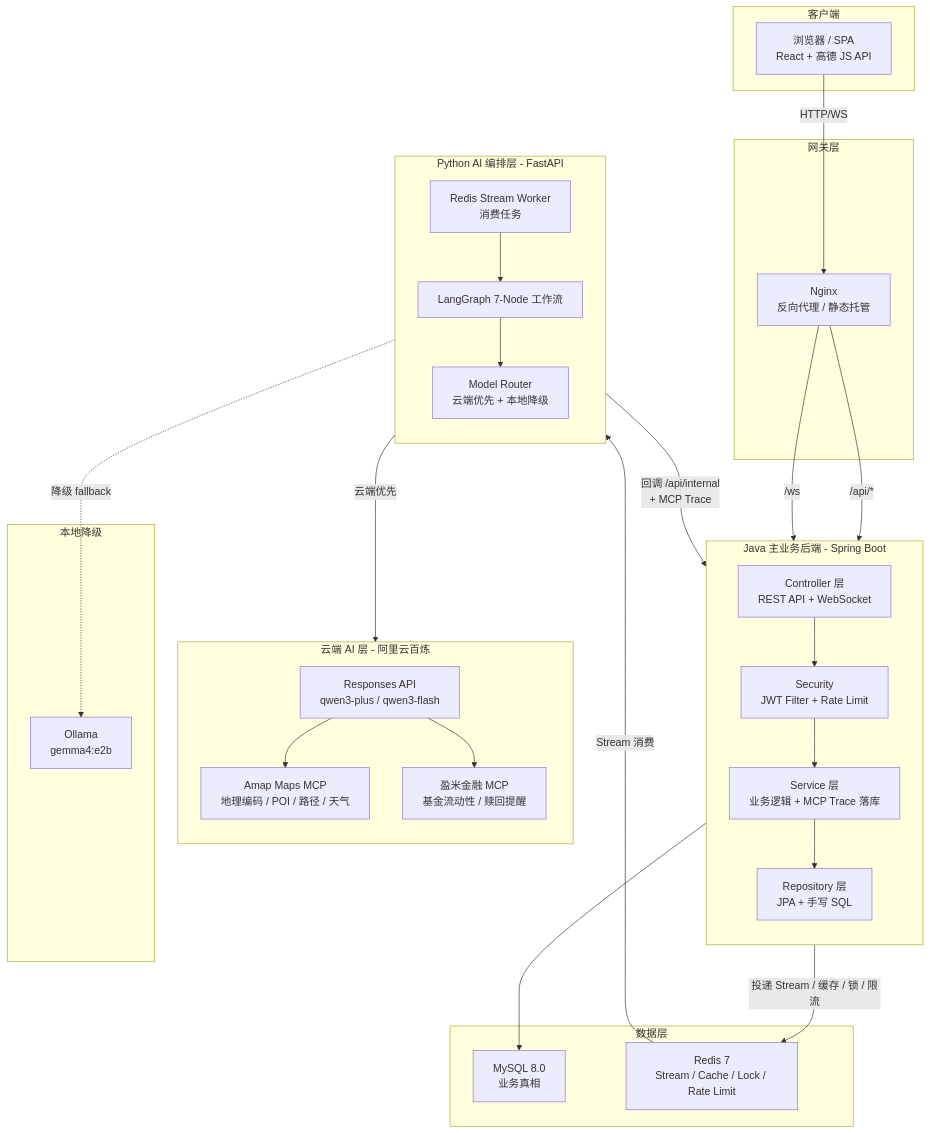
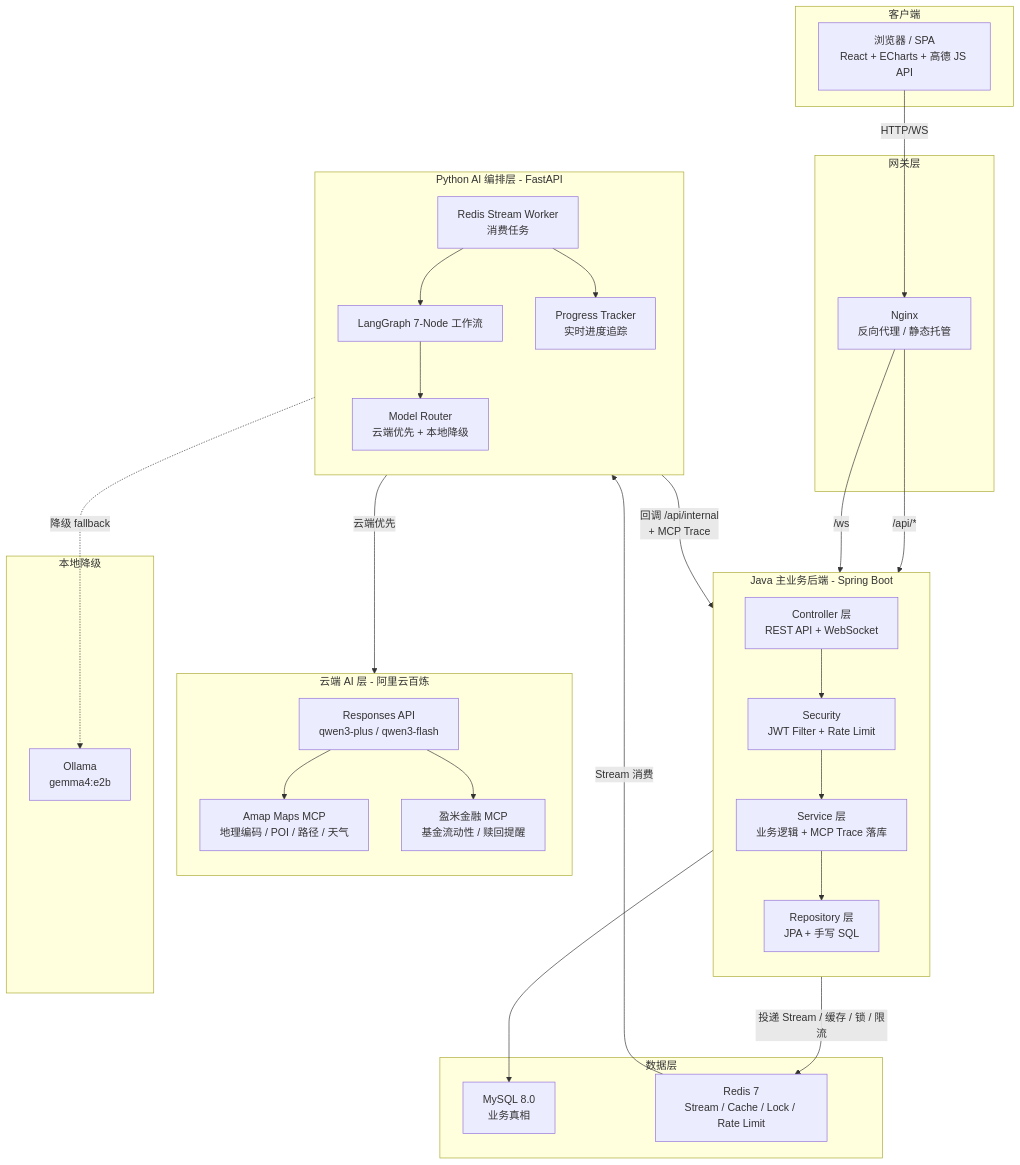
One commit to Ryan-HJX/TravelMaster-Pro-2.0 changed the first of 7 diagrams in ARCHITECTURE.md. Above: the diagram before and after it, drawn with Mermaid. The commit also changed other lines of this file and 4 other files, not shown here.

First line of the commit message:
docs: 更新项目文档并添加功能截图

````diff
--- a/ARCHITECTURE.md
+++ b/ARCHITECTURE.md
@@ -5,58 +5,60 @@
 ```mermaid
 graph TB
     subgraph Client["客户端"]
-        Browser["浏览器 / SPA<br/>React + 高德 JS API"]
+        Browser["浏览器 / SPA<br/>React + ECharts + 高德 JS API"]
     end
 
     subgraph Gateway["网关层"]
         Nginx["Nginx<br/>反向代理 / 静态托管"]
     end
 
     subgraph JavaBackend["Java 主业务后端 - Spring Boot"]
         direction TB
         Controller["Controller 层<br/>REST API + WebSocket"]
         Service["Service 层<br/>业务逻辑 + MCP Trace 落库"]
         Repository["Repository 层<br/>JPA + 手写 SQL"]
         Security["Security<br/>JWT Filter + Rate Limit"]
     end
 
     subgraph PythonAI["Python AI 编排层 - FastAPI"]
         direction TB
         StreamWorker["Redis Stream Worker<br/>消费任务"]
         LangGraphWF["LangGraph 7-Node 工作流"]
+        ProgressTracker["Progress Tracker<br/>实时进度追踪"]
         ModelRouter["Model Router<br/>云端优先 + 本地降级"]
     end
 
     subgraph CloudAI["云端 AI 层 - 阿里云百炼"]
         direction TB
         BailianAPI["Responses API<br/>qwen3-plus / qwen3-flash"]
         AmapMCP["Amap Maps MCP<br/>地理编码 / POI / 路径 / 天气"]
         YingmiMCP["盈米金融 MCP<br/>基金流动性 / 赎回提醒"]
     end
 
     subgraph LocalAI["本地降级"]
         Ollama["Ollama<br/>gemma4:e2b"]
     end
 
     subgraph DataLayer["数据层"]
         MySQL["MySQL 8.0<br/>业务真相"]
         Redis["Redis 7<br/>Stream / Cache / Lock / Rate Limit"]
     end
 
     Browser -->|HTTP/WS| Nginx
     Nginx -->|/api/*| Controller
     Nginx -->|/ws| Controller
     Controller --> Security
     Security --> Service
     Service --> Repository
     Repository --> MySQL
     Service -->|"投递 Stream / 缓存 / 锁 / 限流"| Redis
     Redis -->|"Stream 消费"| StreamWorker
     StreamWorker --> LangGraphWF
+    StreamWorker --> ProgressTracker
     LangGraphWF --> ModelRouter
     ModelRouter -->|"云端优先"| BailianAPI
     BailianAPI --> AmapMCP
     BailianAPI --> YingmiMCP
     ModelRouter -.->|"降级 fallback"| Ollama
     StreamWorker -->|"回调 /api/internal<br/>+ MCP Trace"| Controller
 ```
````
